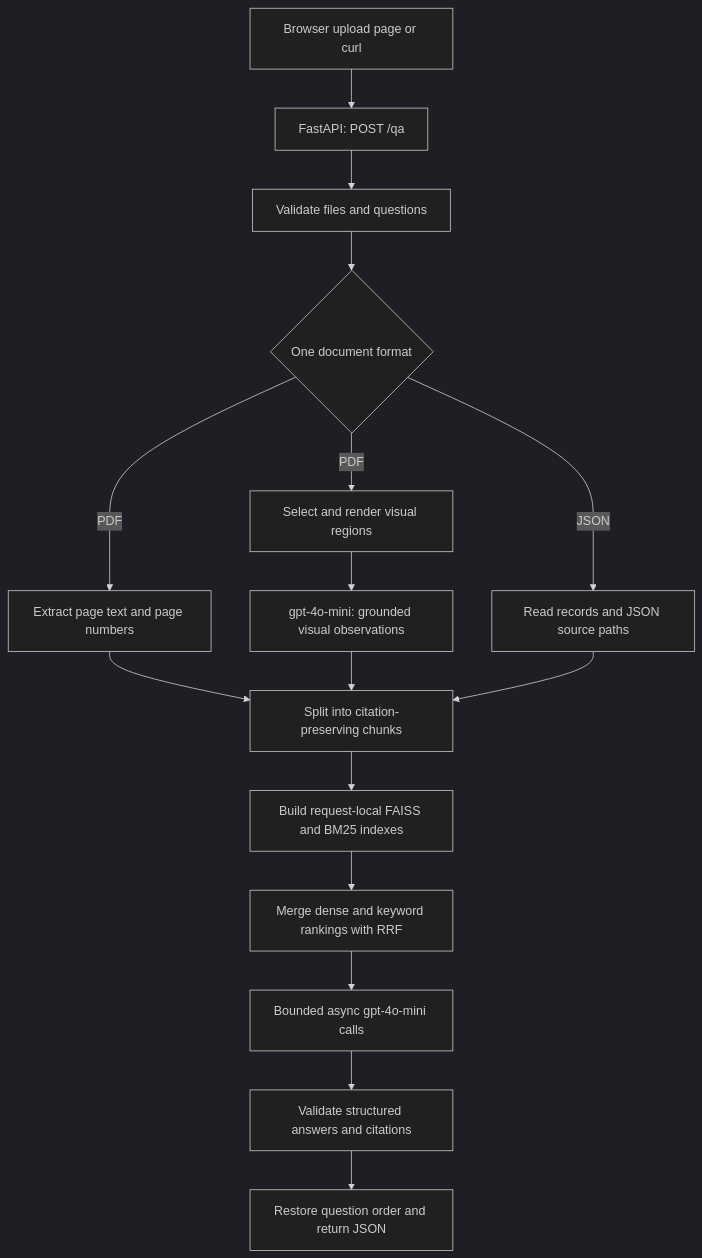
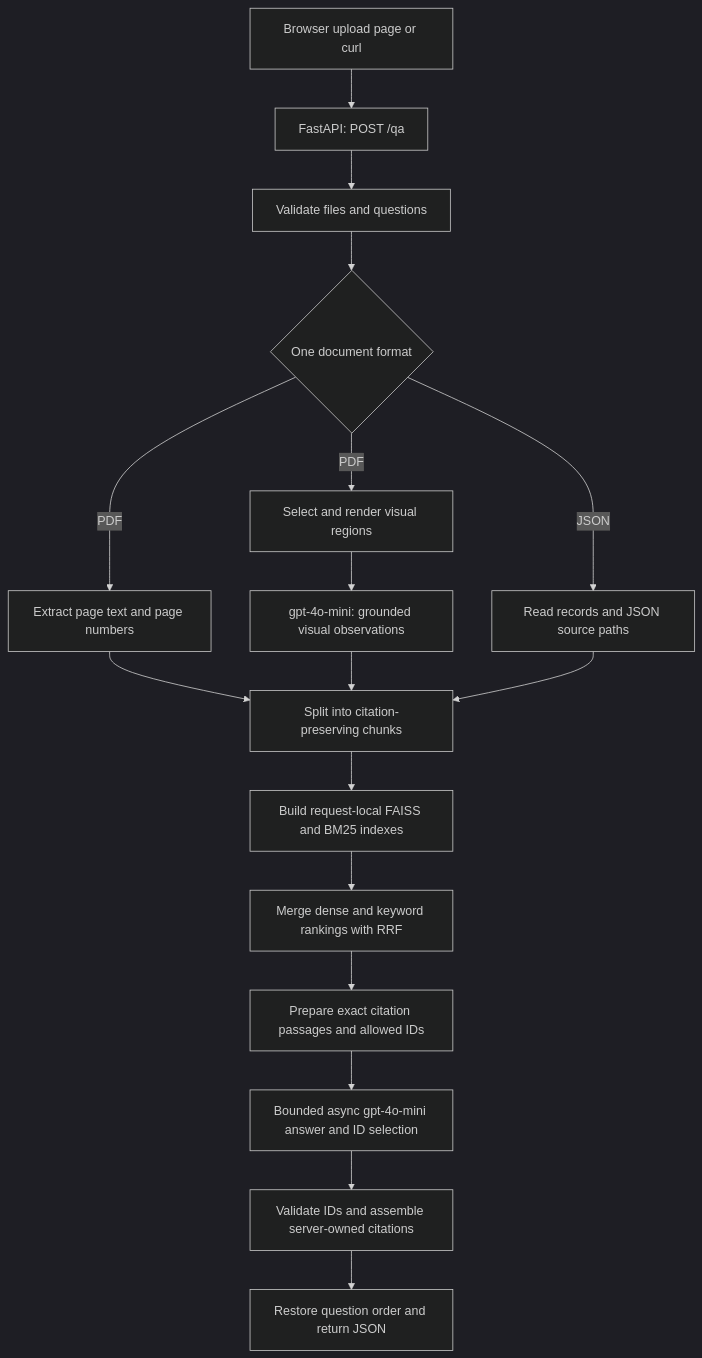
One commit to JILLXIA/zania_ai changed the diagram in docs/design-plan.md. Above: the diagram before and after it, drawn with Mermaid (dark theme). The commit also changed other lines of this file and 15 other files, not shown here.

````diff
--- a/docs/design-plan.md
+++ b/docs/design-plan.md
@@ -29,18 +29,19 @@
 ```mermaid
 flowchart TD
     UI[Browser upload page or curl] --> API[FastAPI: POST /qa]
     API --> V[Validate files and questions]
     V --> F{One document format}
     F -->|PDF| P[Extract page text and page numbers]
     F -->|PDF| I[Select and render visual regions]
     I --> M[gpt-4o-mini: grounded visual observations]
     F -->|JSON| J[Read records and JSON source paths]
     P --> C[Split into citation-preserving chunks]
     M --> C
     J --> C
     C --> E[Build request-local FAISS and BM25 indexes]
     E --> R[Merge dense and keyword rankings with RRF]
-    R --> L[Bounded async gpt-4o-mini calls]
-    L --> G[Validate structured answers and citations]
+    R --> S[Prepare exact citation passages and allowed IDs]
+    S --> L[Bounded async gpt-4o-mini answer and ID selection]
+    L --> G[Validate IDs and assemble server-owned citations]
     G --> O[Restore question order and return JSON]
 ```
````
